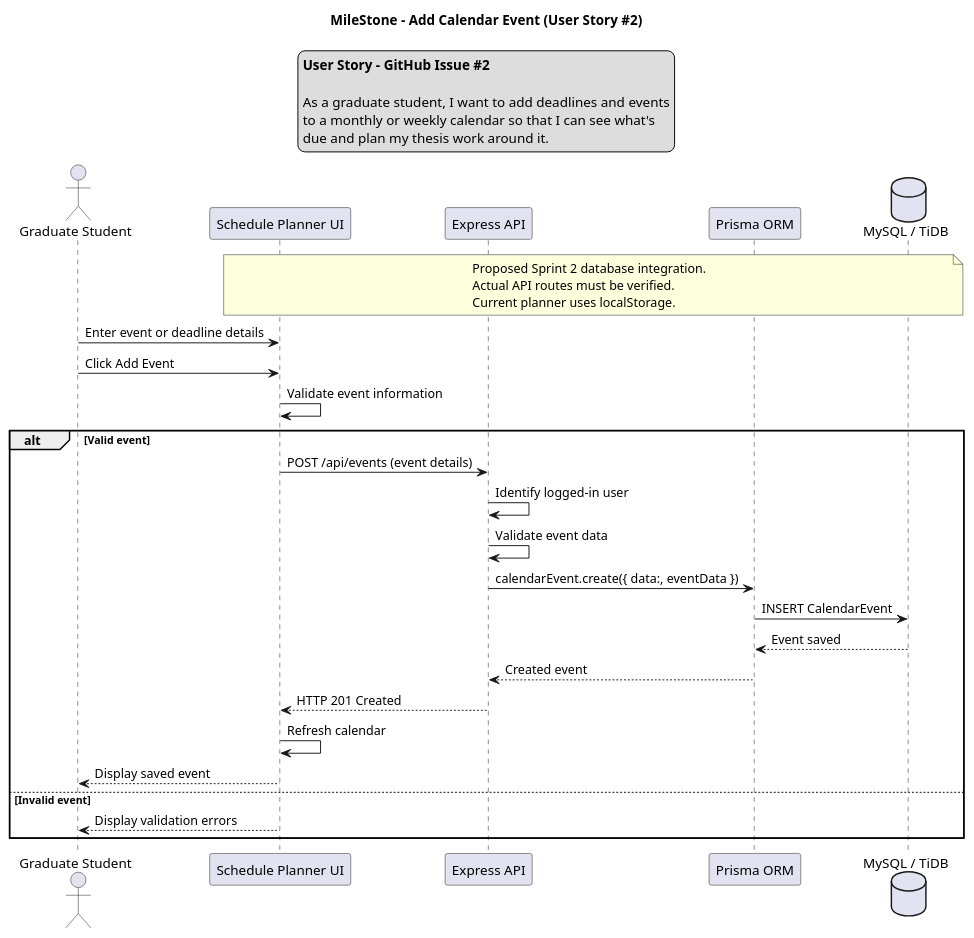
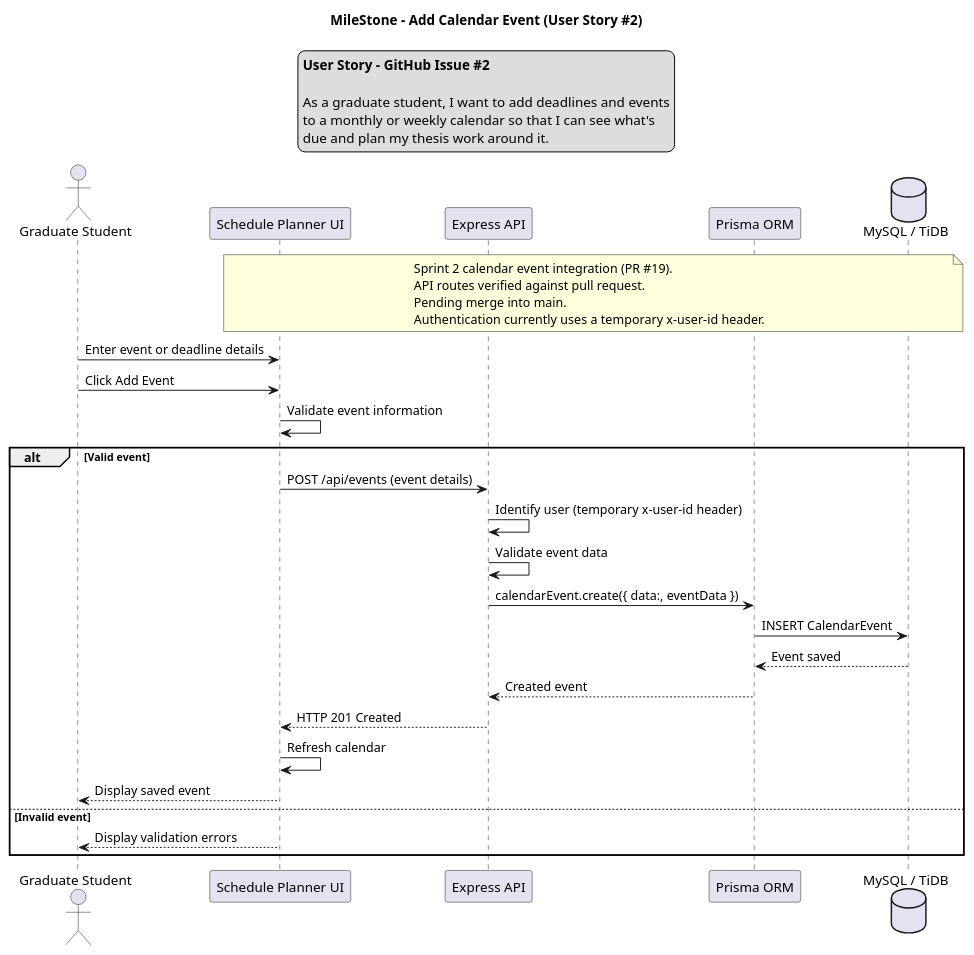
Before and after one commit to aledepau101/MileStone: the diagram in docs/uml/calendar-event-sequence.puml, drawn with PlantUML. The commit also changed 1 other file, not shown here.

Commit message:
Update calendar event UML to match Sprint 2 API
Update the calendar event sequence diagram to reflect PR #19, including the temporary authentication header and pending merge status.

```diff
--- a/docs/uml/calendar-event-sequence.puml
+++ b/docs/uml/calendar-event-sequence.puml
@@ -1,47 +1,48 @@
 @startuml CalendarEventSequence
 title MileStone - Add Calendar Event (User Story #2)
 legend top
     <b>User Story - GitHub Issue #2</b>
 
     As a graduate student, I want to add deadlines and events
     to a monthly or weekly calendar so that I can see what's
     due and plan my thesis work around it.
 endlegend
 
 actor "Graduate Student" as Student
 participant "Schedule Planner UI" as UI
 participant "Express API" as API
 participant "Prisma ORM" as Prisma
 database "MySQL / TiDB" as DB
 
 note over UI, DB
-    Proposed Sprint 2 database integration.
-    Actual API routes must be verified.
-    Current planner uses localStorage.
+    Sprint 2 calendar event integration (PR #19).
+    API routes verified against pull request.
+    Pending merge into main.
+    Authentication currently uses a temporary x-user-id header.
 end note
 
 Student -> UI: Enter event or deadline details
 Student -> UI: Click Add Event
 
 UI -> UI: Validate event information
 
 alt Valid event
     UI -> API: POST /api/events (event details)
 
-    API -> API: Identify logged-in user
+    API -> API: Identify user (temporary x-user-id header)
     API -> API: Validate event data
 
     API -> Prisma: calendarEvent.create({ data:, eventData })
     Prisma -> DB: INSERT CalendarEvent
     DB --> Prisma: Event saved
     Prisma --> API: Created event
 
     API --> UI: HTTP 201 Created
     UI -> UI: Refresh calendar
     UI --> Student: Display saved event
 
 else Invalid event
     UI --> Student: Display validation errors
 end
 
 @enduml
```
